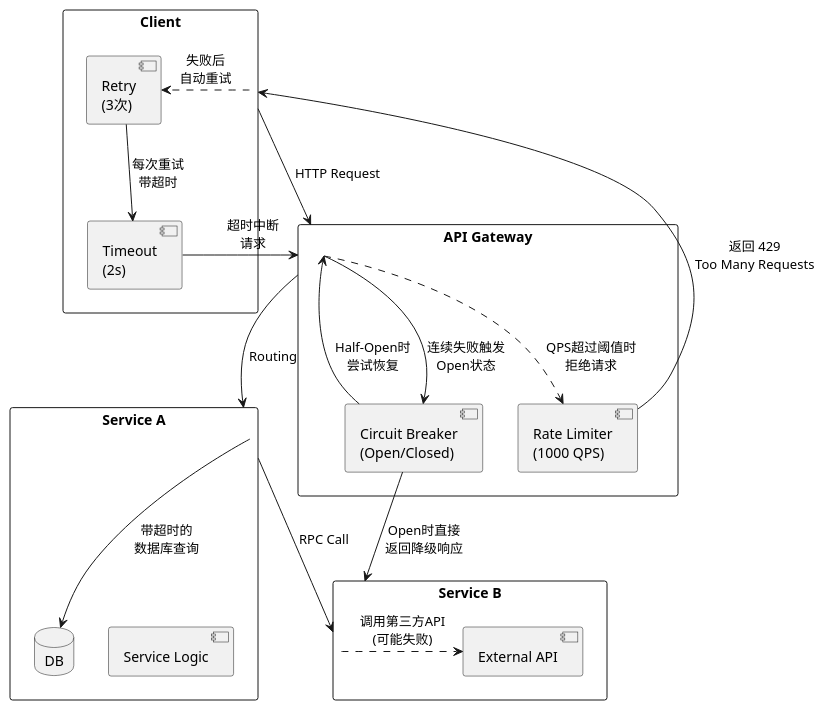
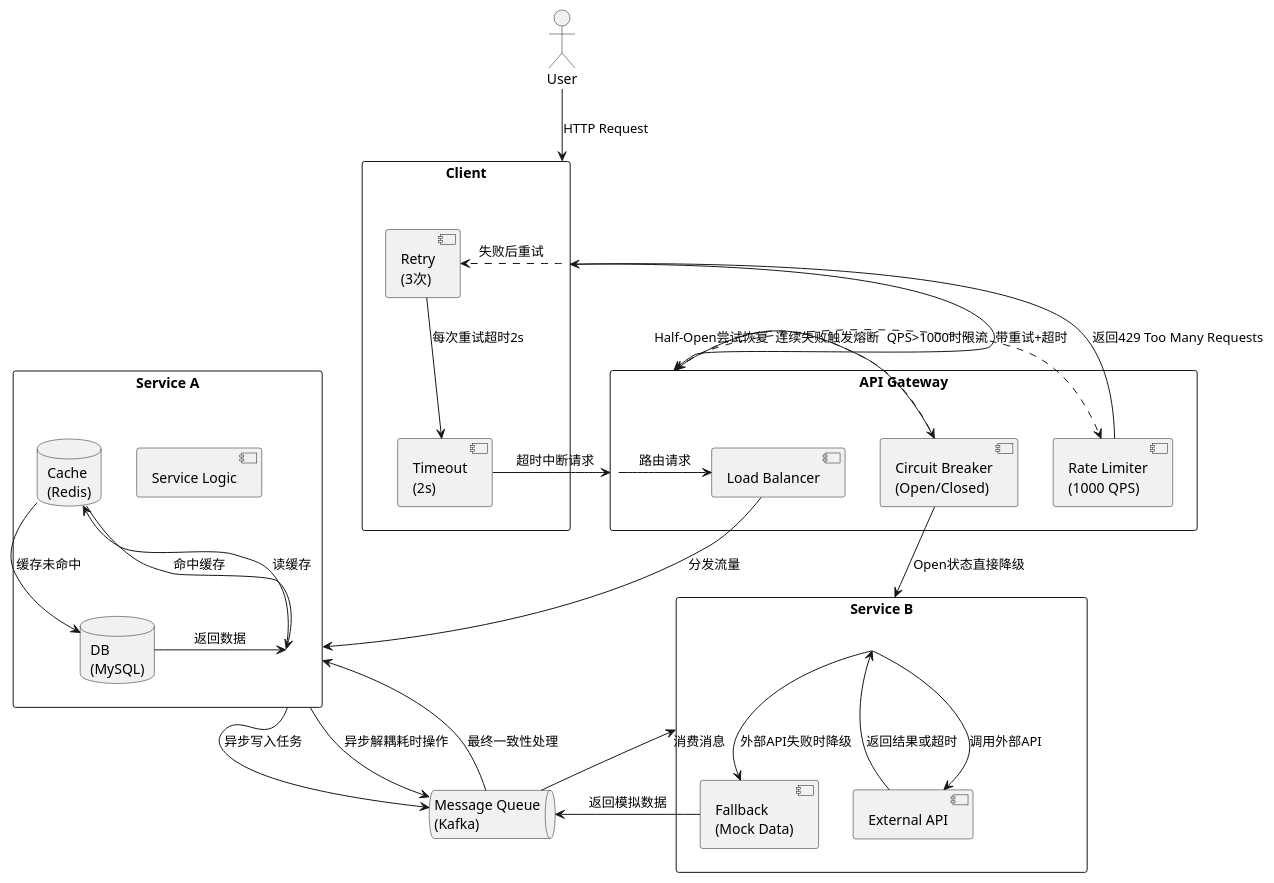
Before and after one commit to wb04307201/wb04307201: the diagram in note/04.system-design/high-availability/elastic-architecture/README.md, drawn with PlantUML. The commit also changed other lines of this file and 2 other files, not shown here.

First line of the commit message:
docs(04.system-design): 更新高可用性章节

````diff
--- a/note/04.system-design/high-availability/elastic-architecture/README.md
+++ b/note/04.system-design/high-availability/elastic-architecture/README.md
@@ -5,52 +97,69 @@
 ```plantuml
-@startuml ElasticArchitecture
+@startuml ElasticSystemArchitecture
 
 skinparam monochrome true
 skinparam shadowing false
+skinparam defaultFontName Arial
 
+actor "User" as user
 rectangle "Client" as client {
     component "Retry\n(3次)" as retry
     component "Timeout\n(2s)" as timeout
 }
 
 rectangle "API Gateway" as gateway {
     component "Rate Limiter\n(1000 QPS)" as ratelimit
     component "Circuit Breaker\n(Open/Closed)" as circuitbreaker
+    component "Load Balancer" as lb
 }
 
 rectangle "Service A" as serviceA {
-    component "Service Logic" as logic
-    database "DB" as db
+    component "Service Logic" as logicA
+    database "Cache\n(Redis)" as cache
+    database "DB\n(MySQL)" as db
 }
 
 rectangle "Service B" as serviceB {
     component "External API" as external
+    component "Fallback\n(Mock Data)" as fallback
 }
 
-client --> gateway : HTTP Request
-gateway --> serviceA : Routing
-serviceA --> serviceB : RPC Call
+queue "Message Queue\n(Kafka)" as mq
 
-' 重试机制
-client .> retry : "失败后\n自动重试"
-retry --> timeout : "每次重试\n带超时"
+' 用户请求流
+user --> client : HTTP Request
+client --> gateway : 带重试+超时
+gateway --> lb : 路由请求
+lb --> serviceA : 分发流量
 
-' 超时机制
-timeout --> gateway : "超时中断\n请求"
+' 服务A内部逻辑
+serviceA --> cache : 读缓存
+cache --> serviceA : 命中缓存
+cache --> db : 缓存未命中
+db --> serviceA : 返回数据
 
-' 限流机制
-gateway .> ratelimit : "QPS超过阈值时\n拒绝请求"
-ratelimit --> client : "返回 429\nToo Many Requests"
+' 服务A调用服务B
+serviceA --> mq : 异步写入任务
+mq --> serviceB : 消费消息
+serviceB --> external : 调用外部API
+external --> serviceB : 返回结果或超时
+serviceB --> fallback : 外部API失败时降级
+fallback --> mq : 返回模拟数据
 
-' 熔断机制
-gateway --> circuitbreaker : "连续失败触发\nOpen状态"
-circuitbreaker --> serviceB : "Open时直接\n返回降级响应"
-gateway <-- circuitbreaker : "Half-Open时\n尝试恢复"
+' 弹性机制交互
+client .> retry : "失败后重试"
+retry --> timeout : "每次重试超时2s"
+timeout --> gateway : "超时中断请求"
 
+gateway .> ratelimit : "QPS>1000时限流"
+ratelimit --> client : "返回429 Too Many Requests"
 
-' 服务间调用
-serviceA --> db : "带超时的\n数据库查询"
-serviceB .> external : "调用第三方API\n(可能失败)"
+gateway .> circuitbreaker : "连续失败触发熔断"
+circuitbreaker --> serviceB : "Open状态直接降级"
+circuitbreaker --> gateway : "Half-Open尝试恢复"
+
+serviceA --> mq : "异步解耦耗时操作"
+mq --> serviceA : "最终一致性处理"
 
 @enduml
 ```
````
